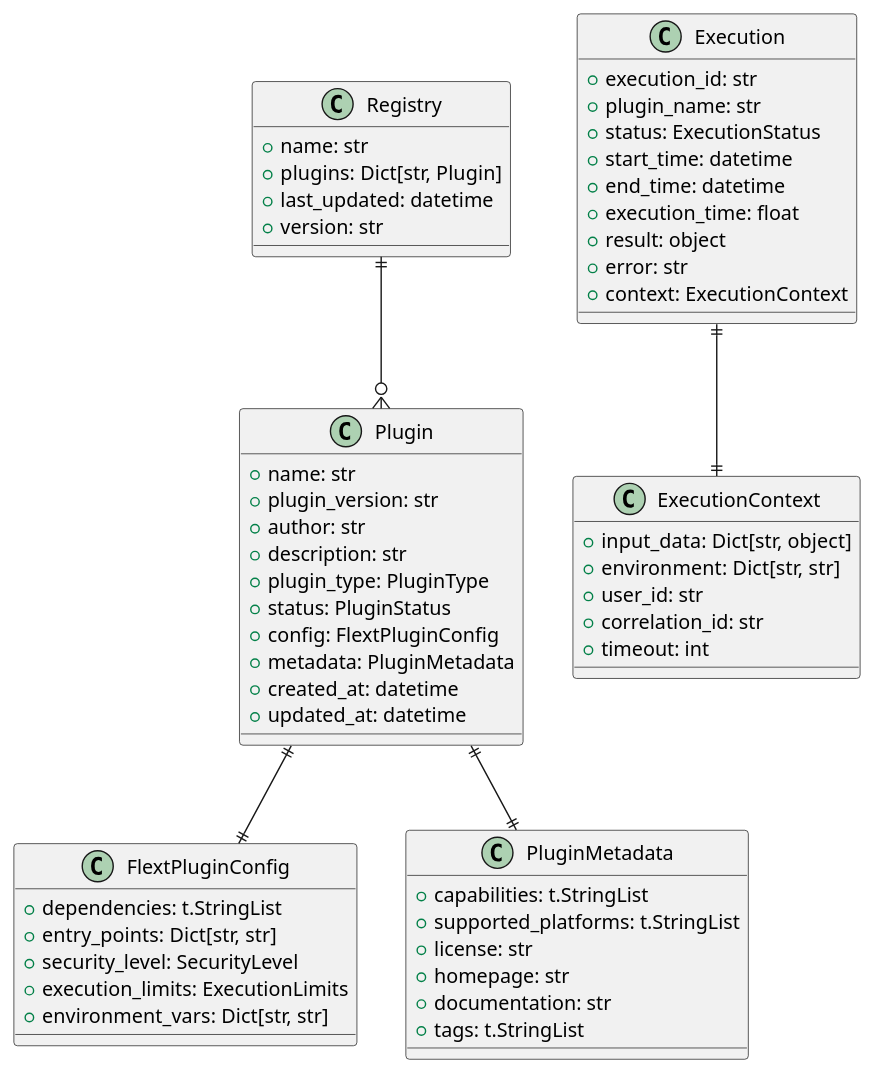
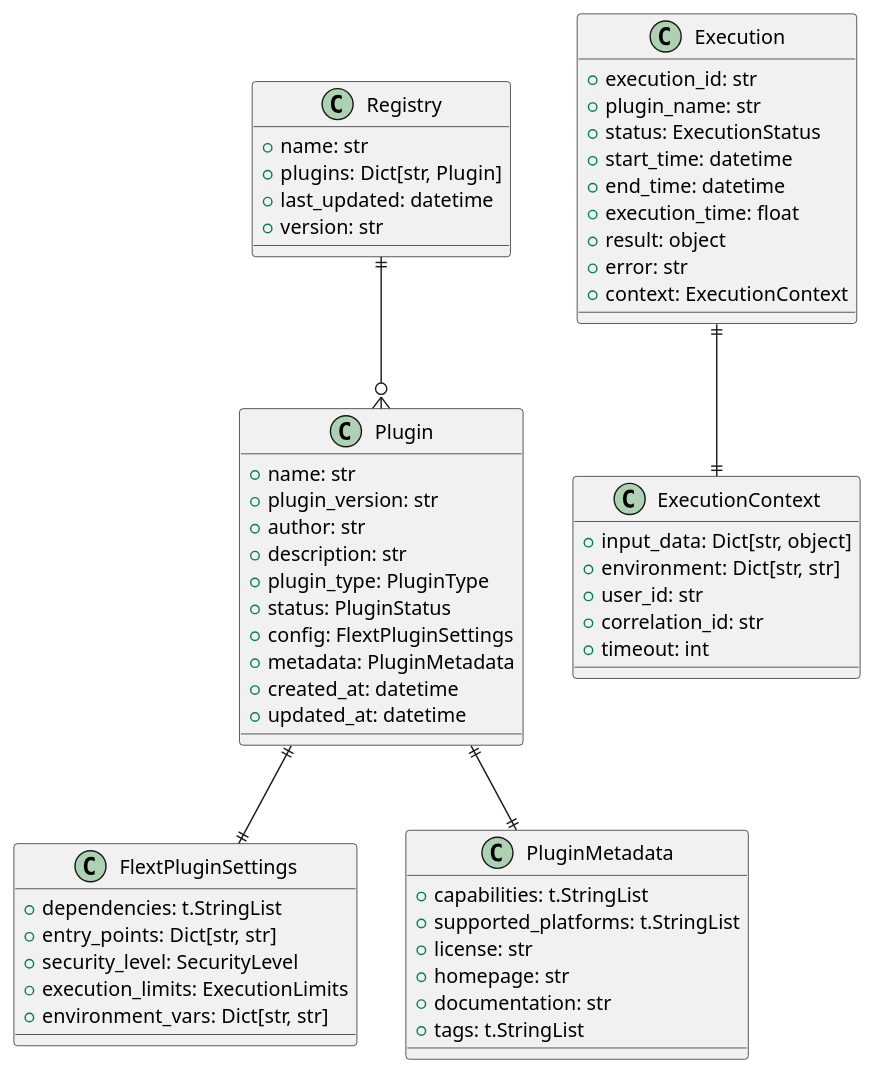
The first of 4 diagrams in docs/architecture/data.md (flext-sh/flext-plugin), drawn with PlantUML before and after one commit. The commit also changed other lines of this file and 17 other files, not shown here.

````diff
--- a/docs/architecture/data.md
+++ b/docs/architecture/data.md
@@ -25,65 +25,65 @@
 ```plantuml
 @startuml Data Model Hierarchy
 class Plugin {
     +name: str
     +plugin_version: str
     +author: str
     +description: str
     +plugin_type: PluginType
     +status: PluginStatus
-    +config: FlextPluginConfig
+    +config: FlextPluginSettings
     +metadata: PluginMetadata
     +created_at: datetime
     +updated_at: datetime
 }
 
-class FlextPluginConfig {
+class FlextPluginSettings {
     +dependencies: t.StringList
     +entry_points: Dict[str, str]
     +security_level: SecurityLevel
     +execution_limits: ExecutionLimits
     +environment_vars: Dict[str, str]
 }
 
 class PluginMetadata {
     +capabilities: t.StringList
     +supported_platforms: t.StringList
     +license: str
     +homepage: str
     +documentation: str
     +tags: t.StringList
 }
 
 class Execution {
     +execution_id: str
     +plugin_name: str
     +status: ExecutionStatus
     +start_time: datetime
     +end_time: datetime
     +execution_time: float
     +result: object
     +error: str
     +context: ExecutionContext
 }
 
 class ExecutionContext {
     +input_data: Dict[str, object]
     +environment: Dict[str, str]
     +user_id: str
     +correlation_id: str
     +timeout: int
 }
 
 class Registry {
     +name: str
     +plugins: Dict[str, Plugin]
     +last_updated: datetime
     +version: str
 }
 
-Plugin ||--|| FlextPluginConfig
+Plugin ||--|| FlextPluginSettings
 Plugin ||--|| PluginMetadata
 Execution ||--|| ExecutionContext
 Registry ||--o{ Plugin
 @enduml
 ```
````
